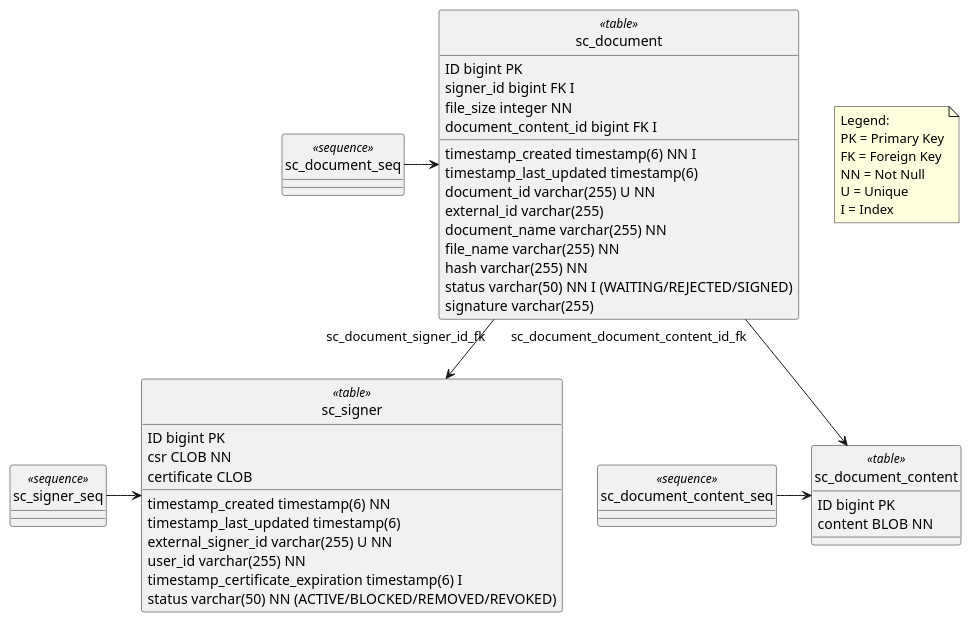
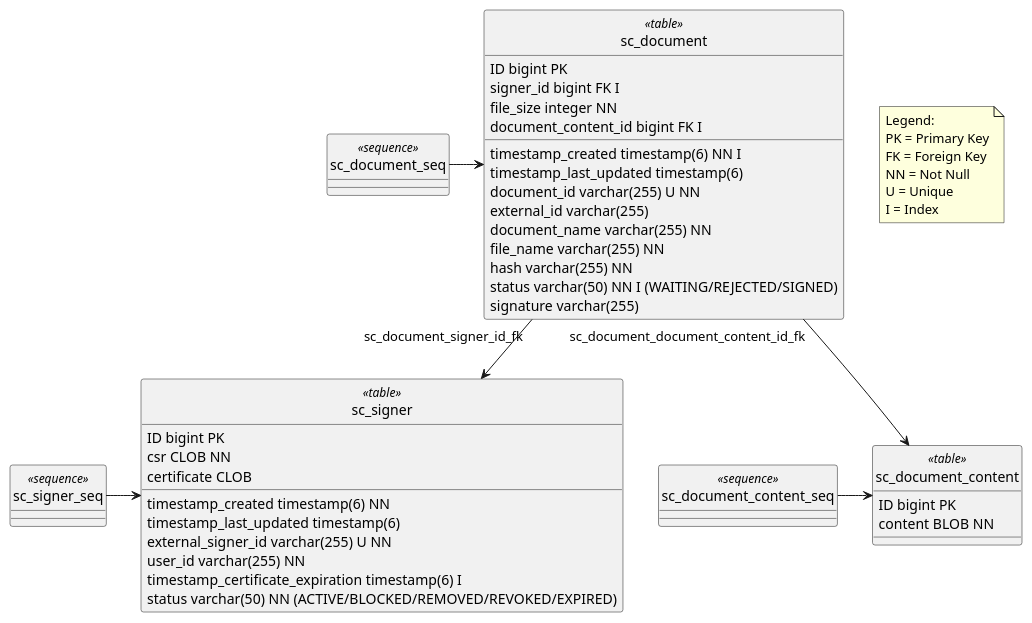
The diagram in docs-private/signer_cloud_server_database_schema.puml (wultra/signer-cloud), drawn with PlantUML before and after one commit. The commit also changed 15 other files, not shown here.

```diff
--- a/docs-private/signer_cloud_server_database_schema.puml
+++ b/docs-private/signer_cloud_server_database_schema.puml
@@ -1,57 +1,57 @@
 @startuml
 hide circle
 
 class sc_signer <<table>>{
     ID bigint PK
     timestamp_created timestamp(6) NN
     timestamp_last_updated timestamp(6)
     external_signer_id varchar(255) U NN
     user_id varchar(255) NN
     csr CLOB NN
     certificate CLOB
     timestamp_certificate_expiration timestamp(6) I
-    status varchar(50) NN (ACTIVE/BLOCKED/REMOVED/REVOKED)
+    status varchar(50) NN (ACTIVE/BLOCKED/REMOVED/REVOKED/EXPIRED)
 }
 
 class sc_document <<table>> {
     ID bigint PK
     timestamp_created timestamp(6) NN I
     timestamp_last_updated timestamp(6)
     document_id varchar(255) U NN
     signer_id bigint FK I
     external_id varchar(255)
     document_name varchar(255) NN
     file_name varchar(255) NN
     file_size integer NN
     document_content_id bigint FK I
     hash varchar(255) NN
     status varchar(50) NN I (WAITING/REJECTED/SIGNED)
     signature varchar(255)
 }
 
 class sc_document_content <<table>>{
     ID bigint PK
     content BLOB NN
 }
 
 class sc_signer_seq <<sequence>>
 class sc_document_seq <<sequence>>
 class sc_document_content_seq <<sequence>>
 
 sc_signer_seq -> sc_signer
 sc_document_seq -> sc_document
 sc_document_content_seq -> sc_document_content
 
 sc_document "sc_document_signer_id_fk" --> sc_signer
 sc_document "sc_document_document_content_id_fk" --> sc_document_content
 
 note as note1
 Legend:
 PK = Primary Key
 FK = Foreign Key
 NN = Not Null
 U = Unique
 I = Index
 end note
 
 @enduml
```
